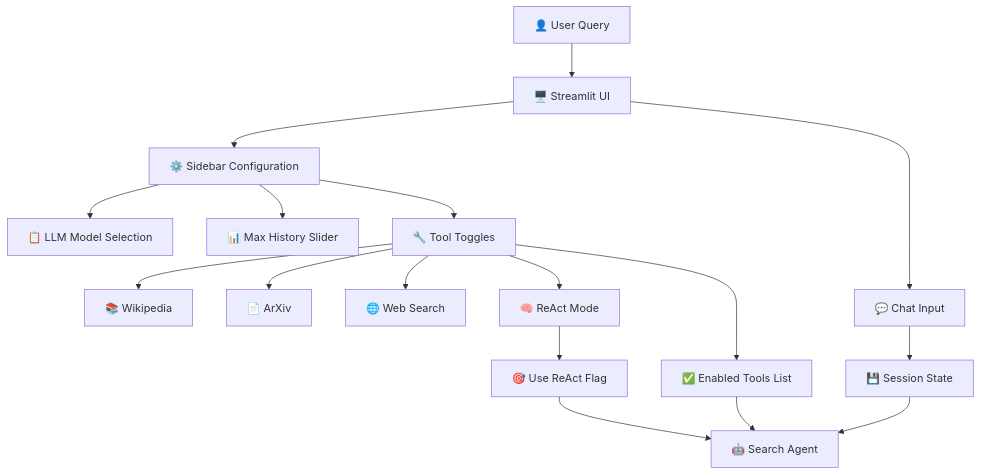
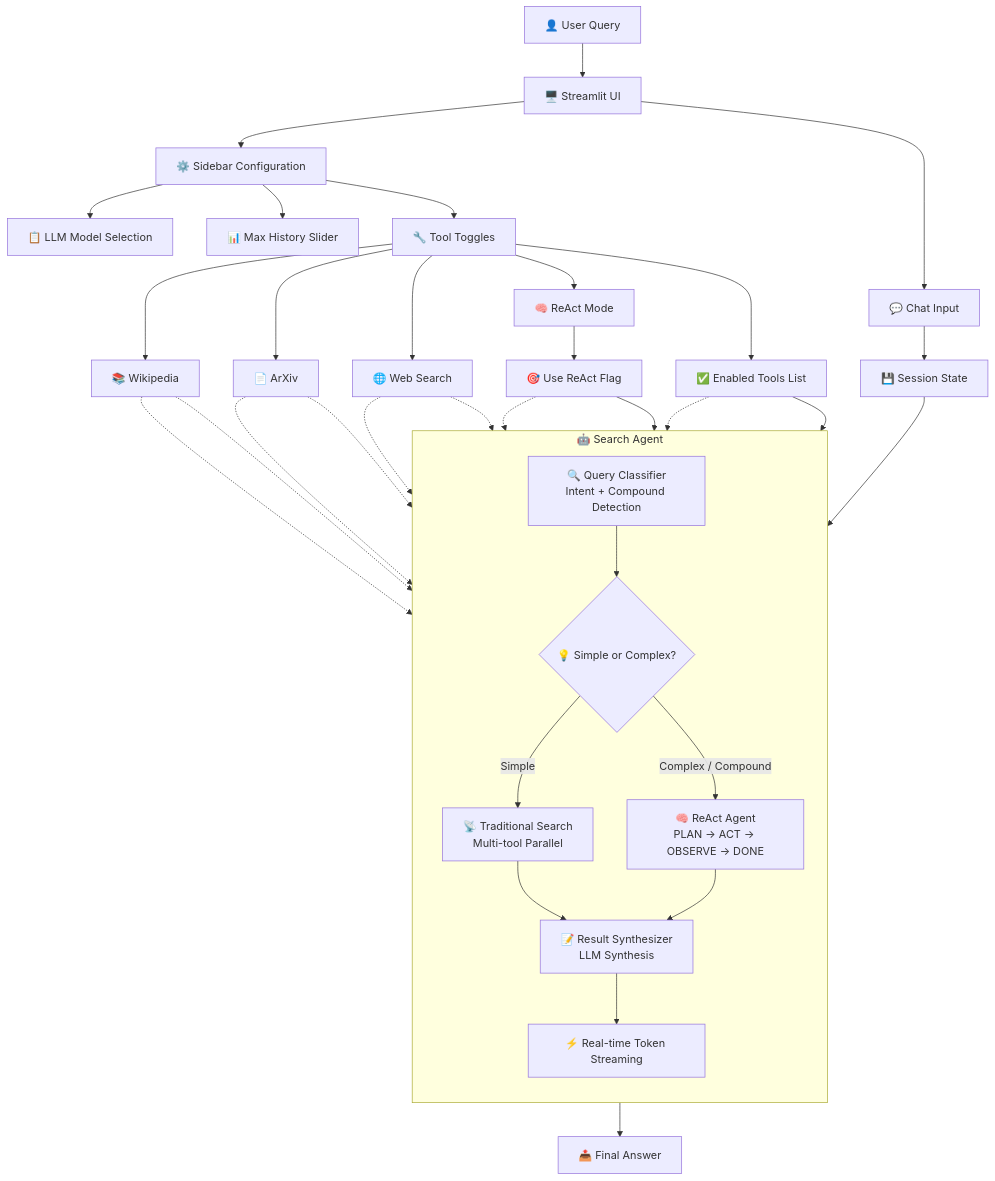
Before and after one commit to ammarmalik17/omnifinder-ai: the diagram in README.md, drawn with Mermaid. The commit also changed 10 other files, not shown here.

First line of the commit message:
feat(core): unify multi-provider LLM gateway and enhance search agent

````diff
--- a/README.md
+++ b/README.md
@@ -148,25 +148,52 @@
 ```mermaid
 graph TB
     User[👤 User Query] --> StreamlitUI[🖥️ Streamlit UI]
     
     StreamlitUI --> SidebarConfig[⚙️ Sidebar Configuration]
     StreamlitUI --> ChatInput[💬 Chat Input]
     
     SidebarConfig --> ModelSelect[📋 LLM Model Selection]
     SidebarConfig --> MaxHistory[📊 Max History Slider]
     SidebarConfig --> ToolToggles[🔧 Tool Toggles]
     
     ToolToggles --> Wikipedia[📚 Wikipedia]
     ToolToggles --> ArXiv[📄 ArXiv]
     ToolToggles --> WebSearch[🌐 Web Search]
     ToolToggles --> ReActMode[🧠 ReAct Mode]
     
     ChatInput --> SessionState[💾 Session State]
     SessionState --> Agent[🤖 Search Agent]
     
     ToolToggles --> EnabledTools[✅ Enabled Tools List]
     ReActMode --> ReActFlag[🎯 Use ReAct Flag]
     
     EnabledTools --> Agent
     ReActFlag --> Agent
+
+    subgraph Agent[🤖 Search Agent]
+        direction TB
+        Classifier[🔍 Query Classifier<br/>Intent + Compound Detection]
+        Router{💡 Simple or Complex?}
+        Traditional[📡 Traditional Search<br/>Multi-tool Parallel]
+        ReAct[🧠 ReAct Agent<br/>PLAN → ACT → OBSERVE → DONE]
+        Synthesizer[📝 Result Synthesizer<br/>LLM Synthesis]
+        StreamingOut[⚡ Real-time Token Streaming]
+
+        Classifier --> Router
+        Router -->|Simple| Traditional
+        Router -->|Complex / Compound| ReAct
+        Traditional --> Synthesizer
+        ReAct --> Synthesizer
+        Synthesizer --> StreamingOut
+    end
+
+    Agent --> Output[📤 Final Answer]
+    EnabledTools -.-> Traditional
+    ReActFlag -.-> Router
+    Wikipedia -.-> Traditional
+    Wikipedia -.-> ReAct
+    ArXiv -.-> Traditional
+    ArXiv -.-> ReAct
+    WebSearch -.-> Traditional
+    WebSearch -.-> ReAct
 ```
````
